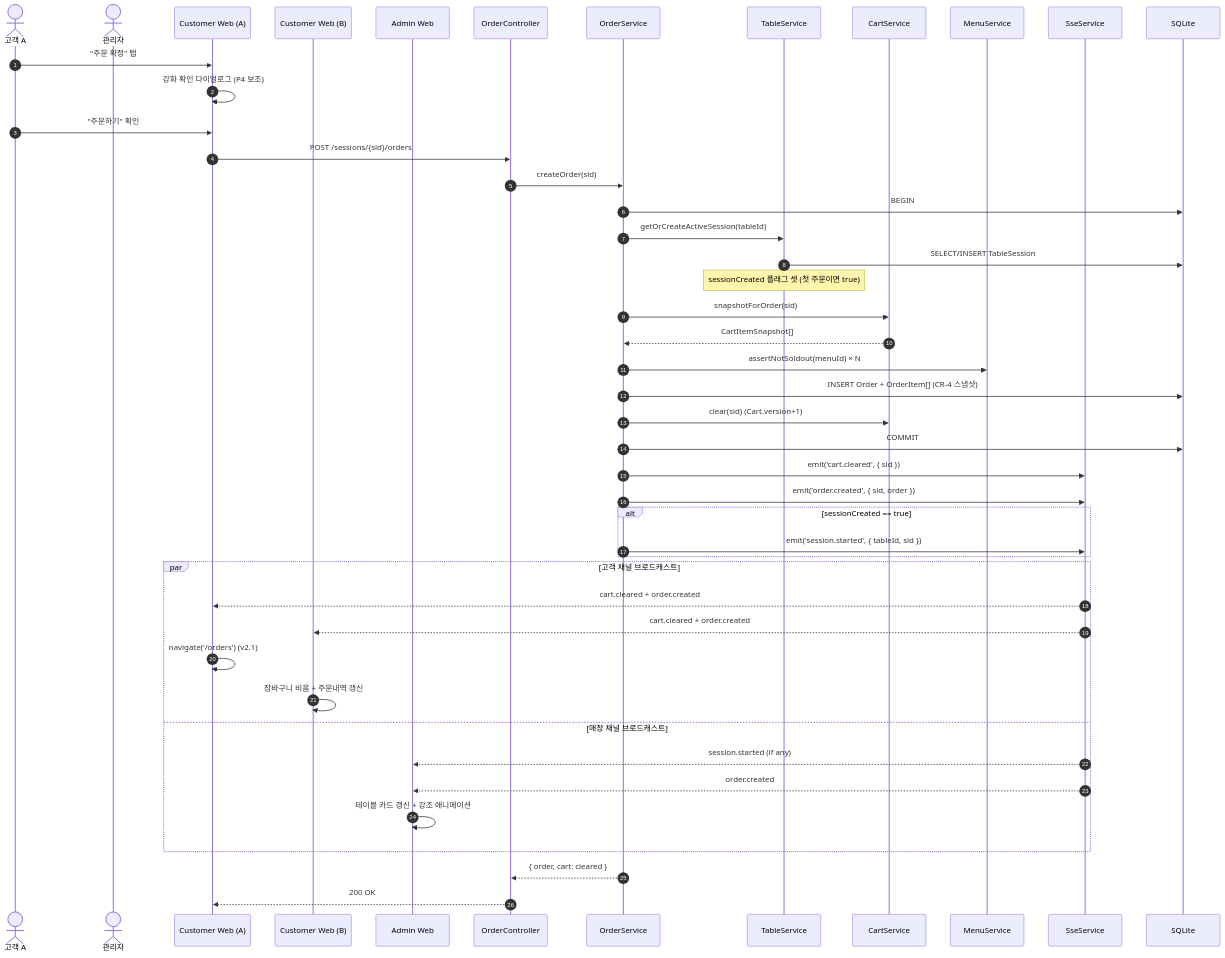
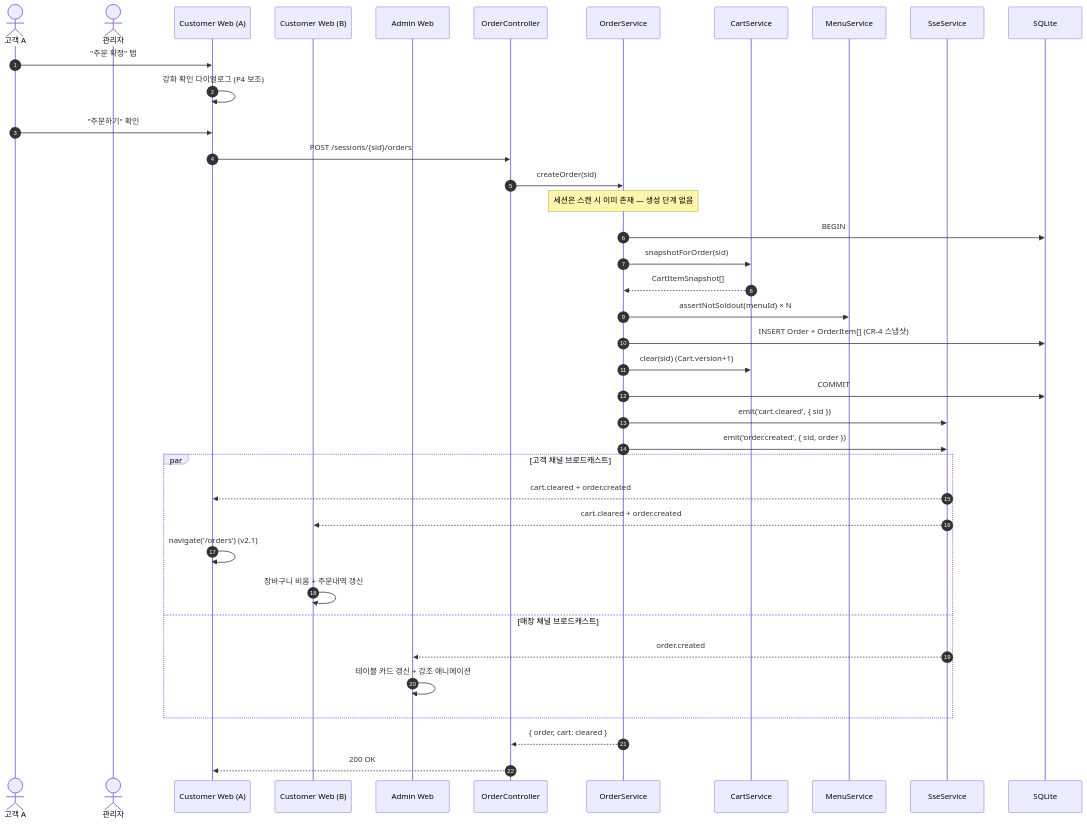
Before and after one commit to socar-rieul/aidlc-modu-2: the fourth of 5 diagrams in aidlc-docs/inception/application-design/component-dependency.md, drawn with Mermaid. The commit also changed other lines of this file and 10 other files, not shown here.

````diff
--- a/aidlc-docs/inception/application-design/component-dependency.md
+++ b/aidlc-docs/inception/application-design/component-dependency.md
@@ -187,51 +200,44 @@
 ```mermaid
 sequenceDiagram
     autonumber
     actor A as 고객 A
     actor Admin as 관리자
     participant CWA as Customer Web (A)
     participant CWB as Customer Web (B)
     participant AW as Admin Web
     participant API as OrderController
     participant OS as OrderService
-    participant TS as TableService
     participant CS as CartService
     participant MS as MenuService
     participant SSE as SseService
     participant DB as SQLite
 
     A->>CWA: "주문 확정" 탭
     CWA->>CWA: 강화 확인 다이얼로그 (P4 보조)
     A->>CWA: "주문하기" 확인
     CWA->>API: POST /sessions/{sid}/orders
     API->>OS: createOrder(sid)
+    Note over OS: 세션은 스캔 시 이미 존재 — 생성 단계 없음
     OS->>DB: BEGIN
-    OS->>TS: getOrCreateActiveSession(tableId)
-    TS->>DB: SELECT/INSERT TableSession
-    Note over TS: sessionCreated 플래그 셋 (첫 주문이면 true)
     OS->>CS: snapshotForOrder(sid)
     CS-->>OS: CartItemSnapshot[]
     OS->>MS: assertNotSoldout(menuId) × N
     OS->>DB: INSERT Order + OrderItem[] (CR-4 스냅샷)
     OS->>CS: clear(sid) (Cart.version+1)
     OS->>DB: COMMIT
     OS->>SSE: emit('cart.cleared', { sid })
     OS->>SSE: emit('order.created', { sid, order })
-    alt sessionCreated == true
-        OS->>SSE: emit('session.started', { tableId, sid })
-    end
 
     par 고객 채널 브로드캐스트
         SSE-->>CWA: cart.cleared + order.created
         SSE-->>CWB: cart.cleared + order.created
         CWA->>CWA: navigate('/orders') (v2.1)
         CWB->>CWB: 장바구니 비움 + 주문내역 갱신
     and 매장 채널 브로드캐스트
-        SSE-->>AW: session.started (if any)
         SSE-->>AW: order.created
         AW->>AW: 테이블 카드 갱신 + 강조 애니메이션
     end
 
     OS-->>API: { order, cart: cleared }
     API-->>CWA: 200 OK
 ```
````
